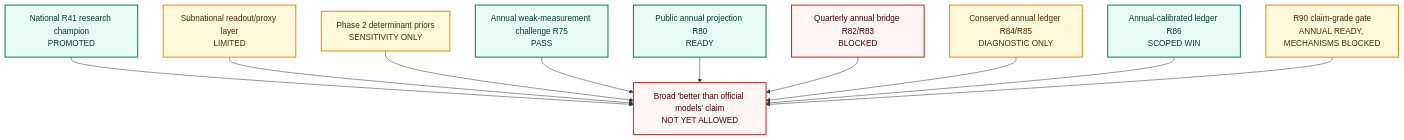
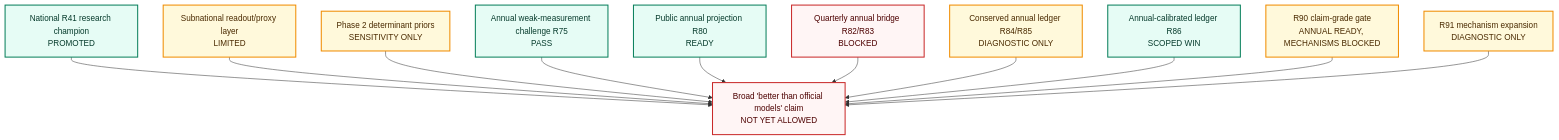
Before and after one commit to gauravshajepal-hash/ModelHIV-PH: the second of 5 diagrams in README.md, drawn with Mermaid. The commit also changed other lines of this file and 4 other files, not shown here.

Commit message:
Add R91 mechanism support expansion gate

````diff
--- a/README.md
+++ b/README.md
@@ -71,27 +74,29 @@
 ```mermaid
 flowchart TB
     A["National R41 research champion<br/>PROMOTED"]:::pass
     B["Subnational readout/proxy layer<br/>LIMITED"]:::warn
     C["Phase 2 determinant priors<br/>SENSITIVITY ONLY"]:::warn
     D["Annual weak-measurement challenge R75<br/>PASS"]:::pass
     E["Public annual projection R80<br/>READY"]:::pass
     F["Quarterly annual bridge R82/R83<br/>BLOCKED"]:::fail
     G["Conserved annual ledger R84/R85<br/>DIAGNOSTIC ONLY"]:::warn
     I["Annual-calibrated ledger R86<br/>SCOPED WIN"]:::pass
     J["R90 claim-grade gate<br/>ANNUAL READY, MECHANISMS BLOCKED"]:::warn
+    K["R91 mechanism expansion<br/>DIAGNOSTIC ONLY"]:::warn
     H["Broad 'better than official models' claim<br/>NOT YET ALLOWED"]:::fail
 
     A --> H
     B --> H
     C --> H
     D --> H
     E --> H
     F --> H
     G --> H
     I --> H
     J --> H
+    K --> H
 
     classDef pass fill:#e6fcf5,stroke:#087f5b,stroke-width:2px,color:#063b2c;
     classDef warn fill:#fff9db,stroke:#f08c00,stroke-width:2px,color:#4a2a00;
     classDef fail fill:#fff5f5,stroke:#c92a2a,stroke-width:2px,color:#4d0000;
 ```
````
